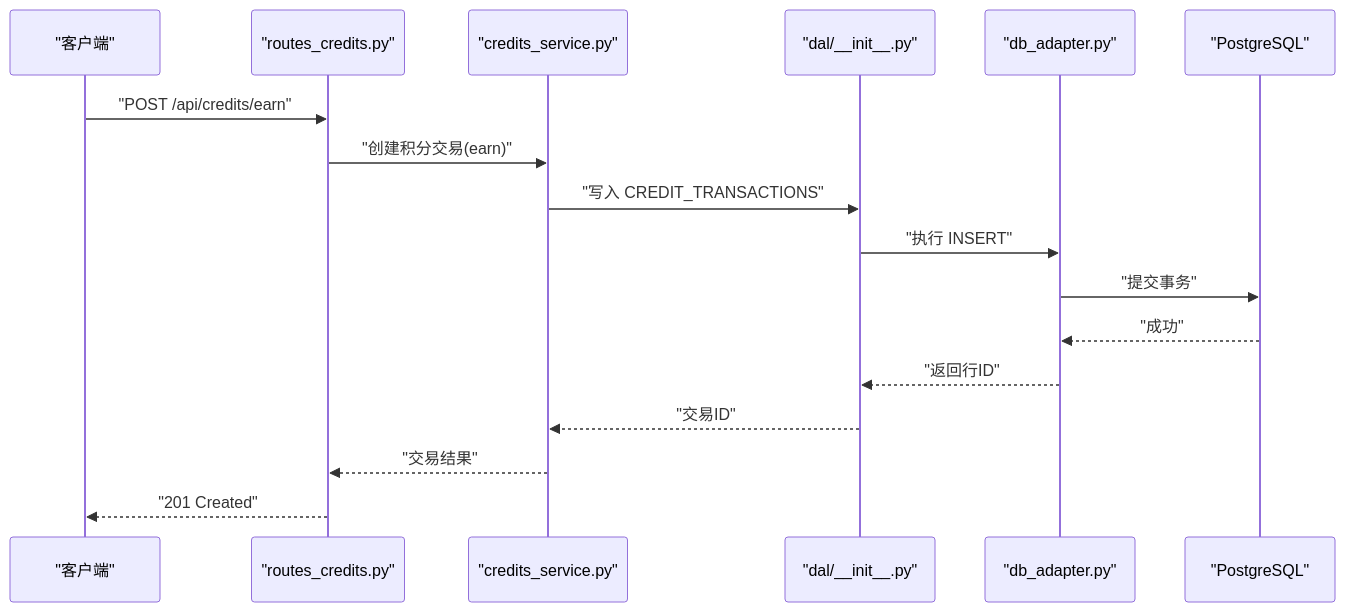
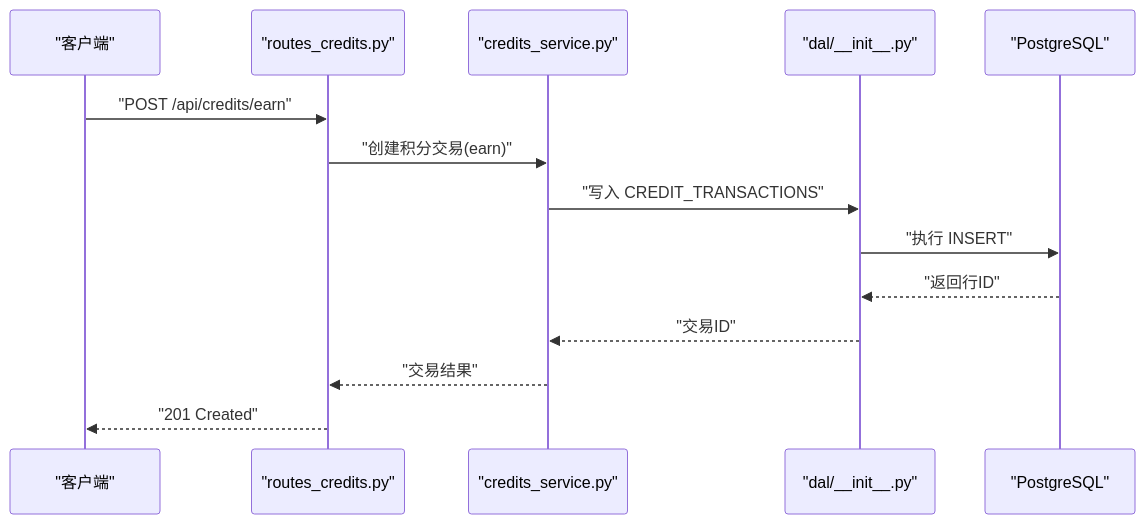
Before and after one commit to abokyoy/LectureLearnLoop: the fifth of 8 diagrams in .qoder/repowiki/zh/content/数据库设计/数据库设计.md, drawn with Mermaid. The commit also changed other lines of this file and 91 other files, not shown here.

````diff
--- a/.qoder/repowiki/zh/content/数据库设计/数据库设计.md
+++ b/.qoder/repowiki/zh/content/数据库设计/数据库设计.md
@@ -316,19 +422,16 @@
 ```mermaid
 sequenceDiagram
 participant Client as "客户端"
 participant RoutesC as "routes_credits.py"
 participant ServiceCS as "credits_service.py"
 participant DAL as "dal/__init__.py"
-participant DBA as "db_adapter.py"
 participant DB as "PostgreSQL"
 Client->>RoutesC : "POST /api/credits/earn"
 RoutesC->>ServiceCS : "创建积分交易(earn)"
 ServiceCS->>DAL : "写入 CREDIT_TRANSACTIONS"
-DAL->>DBA : "执行 INSERT"
-DBA->>DB : "提交事务"
-DB-->>DBA : "成功"
-DBA-->>DAL : "返回行ID"
+DAL->>DB : "执行 INSERT"
+DB-->>DAL : "返回行ID"
 DAL-->>ServiceCS : "交易ID"
 ServiceCS-->>RoutesC : "交易结果"
 RoutesC-->>Client : "201 Created"
 ```
````
